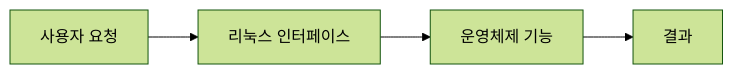
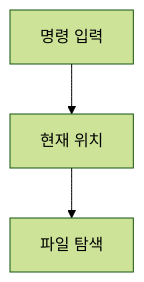
One commit to umyunsang/edu changed the diagram in ComputerScience/04_systems-infrastructure/linux/notes/02. CLI와 리눅스 디렉터리.md. Above: the diagram before and after it, drawn with Mermaid (forest theme). The commit also changed other lines of this file and 7 other files, not shown here.

````diff
--- a/ComputerScience/04_systems-infrastructure/linux/notes/02. CLI와 리눅스 디렉터리.md
+++ b/ComputerScience/04_systems-infrastructure/linux/notes/02. CLI와 리눅스 디렉터리.md
@@ -25,6 +19,5 @@
 ```mermaid
-flowchart LR
- A[사용자 요청] --> B[리눅스 인터페이스]
- B --> C[운영체제 기능]
- C --> D[결과]
+flowchart TB
+    A[명령 입력] --> B[현재 위치]
+    B --> C[파일 탐색]
 ```
````
